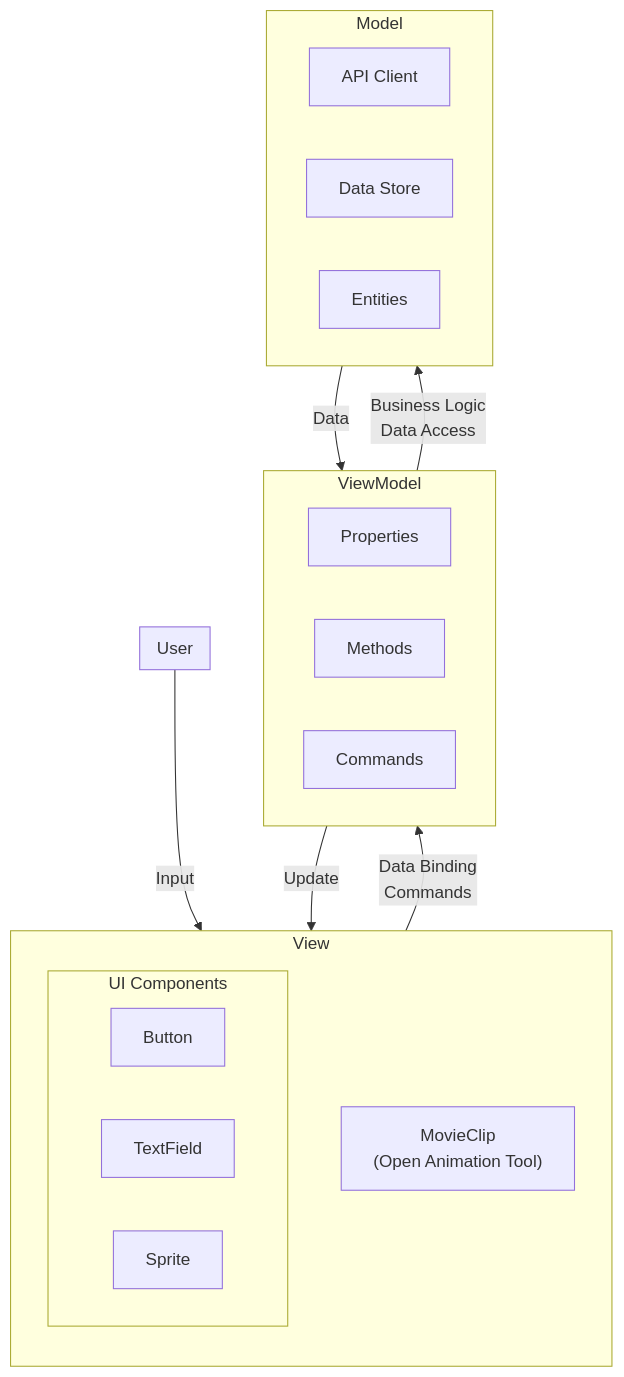
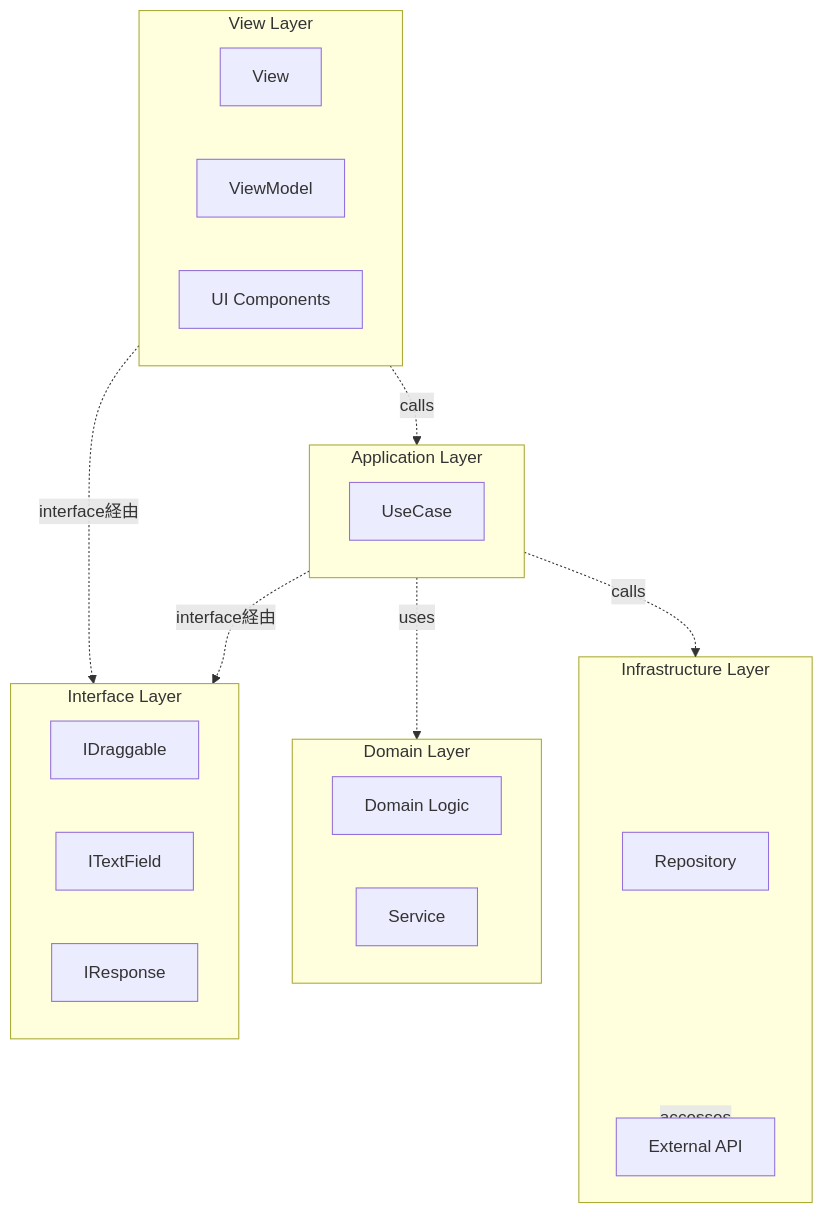
The first of 2 diagrams in specs/ja/index.md (Next2D/framework), drawn with Mermaid before and after one commit. The commit also changed other lines of this file and 11 other files, not shown here.

````diff
--- a/specs/ja/index.md
+++ b/specs/ja/index.md
@@ -17,36 +18,35 @@
 ```mermaid
-flowchart TB
-    subgraph User["User"]
-        direction TB
+graph TB
+    subgraph ViewLayer["View Layer"]
+        View["View"]
+        ViewModel["ViewModel"]
+        UI["UI Components"]
     end
 
-    subgraph View["View"]
-        direction TB
-        MC["MovieClip<br/>(Open Animation Tool)"]
-        subgraph Components["UI Components"]
-            BTN["Button"]
-            TF["TextField"]
-            SP["Sprite"]
-        end
+    subgraph InterfaceLayer["Interface Layer"]
+        IDraggable["IDraggable"]
+        ITextField["ITextField"]
+        IResponse["IResponse"]
     end
 
-    subgraph ViewModel["ViewModel"]
-        direction LR
-        Props["Properties"]
-        Methods["Methods"]
-        Commands["Commands"]
+    subgraph ApplicationLayer["Application Layer"]
+        UseCase["UseCase"]
     end
 
-    subgraph Model["Model"]
-        direction LR
-        API["API Client"]
-        Store["Data Store"]
-        Entity["Entities"]
+    subgraph DomainLayer["Domain Layer"]
+        DomainLogic["Domain Logic"]
+        DomainService["Service"]
     end
 
-    User -->|"Input"| View
-    View -->|"Data Binding<br/>Commands"| ViewModel
-    ViewModel -->|"Business Logic<br/>Data Access"| Model
-    Model -->|"Data"| ViewModel
-    ViewModel -->|"Update"| View
+    subgraph InfraLayer["Infrastructure Layer"]
+        Repository["Repository"]
+        ExternalAPI["External API"]
+    end
+
+    ViewLayer -.->|interface経由| InterfaceLayer
+    ViewLayer -.->|calls| ApplicationLayer
+    ApplicationLayer -.->|interface経由| InterfaceLayer
+    ApplicationLayer -.->|uses| DomainLayer
+    ApplicationLayer -.->|calls| InfraLayer
+    InfraLayer -.->|accesses| ExternalAPI
 ```
````
